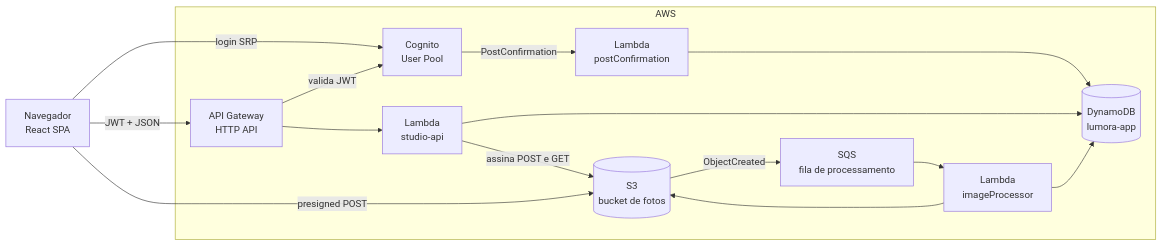
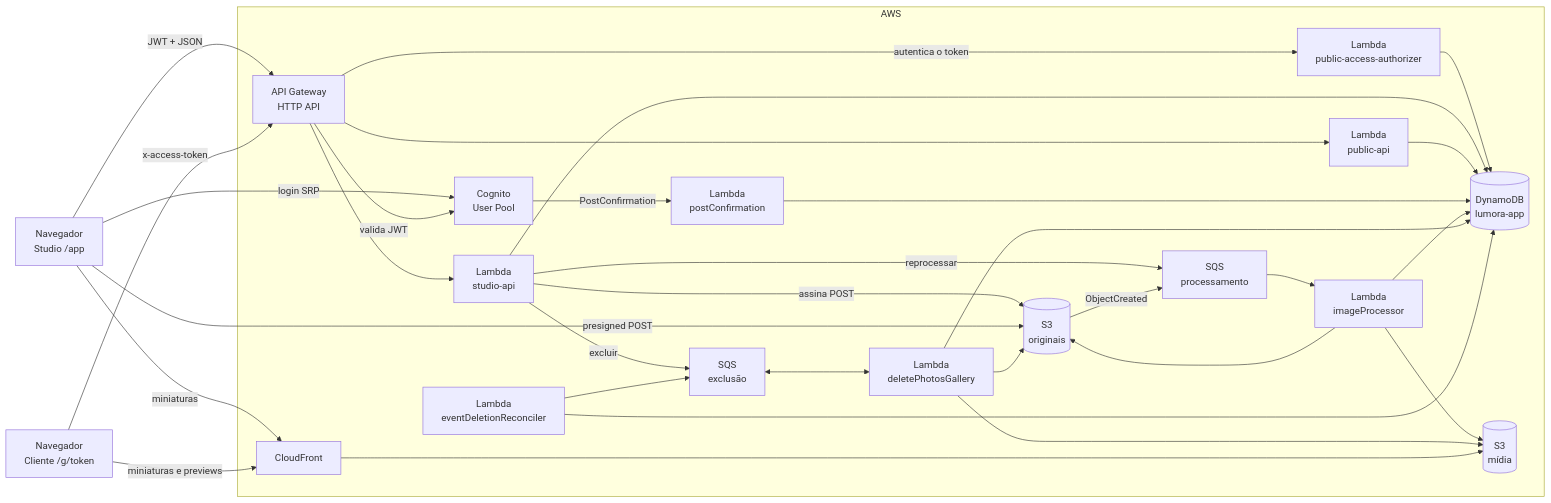
The first of 5 diagrams in developers/architecture/overview.mdx (andreselva/lumora-docs), drawn with Mermaid before and after one commit. The commit also changed other lines of this file and 6 other files, not shown here.

First line of the commit message:
docs(architecture): atualiza as cinco páginas de arquitetura ao código atual

````diff
--- a/developers/architecture/overview.mdx
+++ b/developers/architecture/overview.mdx
@@ -15,29 +17,54 @@
 ```mermaid
 flowchart LR
-  B[Navegador<br/>React SPA]
+  F[Navegador<br/>Studio /app]
+  CL[Navegador<br/>Cliente /g/token]
 
   subgraph AWS
     C[Cognito<br/>User Pool]
     G[API Gateway<br/>HTTP API]
+    AZ[Lambda<br/>public-access-authorizer]
     A[Lambda<br/>studio-api]
+    PA[Lambda<br/>public-api]
     P[Lambda<br/>postConfirmation]
     D[(DynamoDB<br/>lumora-app)]
-    S[(S3<br/>bucket de fotos)]
-    Q[SQS<br/>fila de processamento]
+    S[(S3<br/>originais)]
+    M[(S3<br/>mídia)]
+    CF[CloudFront]
+    Q[SQS<br/>processamento]
     I[Lambda<br/>imageProcessor]
+    Q2[SQS<br/>exclusão]
+    W[Lambda<br/>deletePhotosGallery]
+    R[Lambda<br/>eventDeletionReconciler]
   end
 
-  B -- login SRP --> C
-  B -- JWT + JSON --> G
+  F -- login SRP --> C
+  F -- JWT + JSON --> G
+  CL -- x-access-token --> G
   G -- valida JWT --> C
   G --> A
+  G -- autentica o token --> AZ
+  AZ --> D
+  G --> PA
   A --> D
-  A -- assina POST e GET --> S
+  PA --> D
+  A -- assina POST --> S
+  A -- reprocessar --> Q
+  A -- excluir --> Q2
   C -- PostConfirmation --> P
   P --> D
-  B -- presigned POST --> S
+  F -- presigned POST --> S
   S -- ObjectCreated --> Q
   Q --> I
   I --> S
+  I --> M
   I --> D
+  Q2 <--> W
+  W --> D
+  W --> S
+  W --> M
+  R --> D
+  R --> Q2
+  F -- miniaturas --> CF
+  CL -- miniaturas e previews --> CF
+  CF --> M
 ```
````
